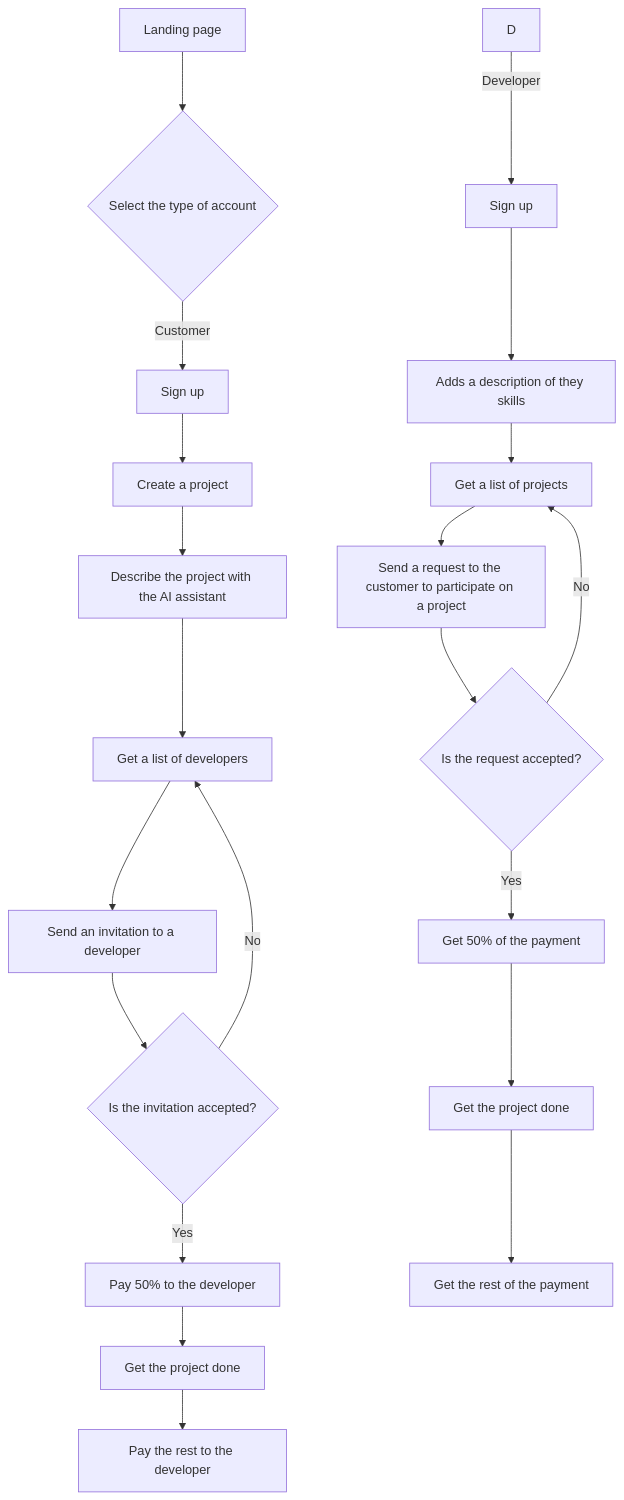
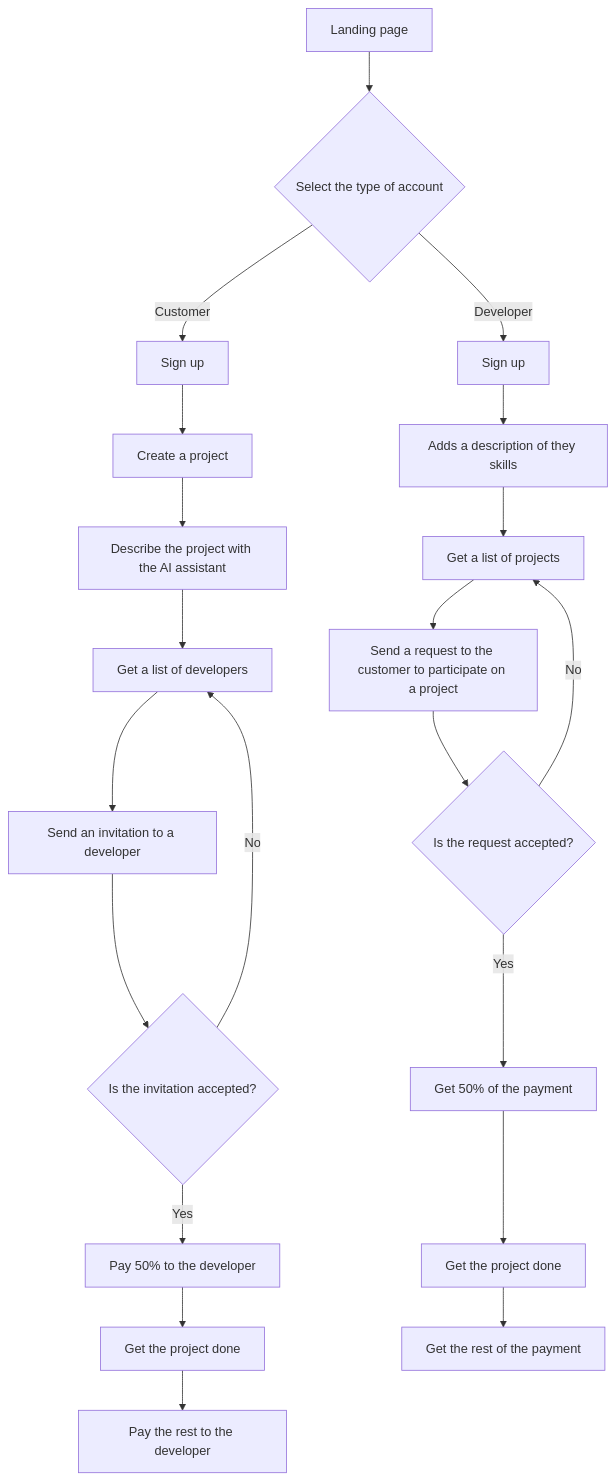
The diagram in user-flow.md (fermellone/findamaker), drawn with Mermaid before and after one commit. The commit also changed 1 other file, not shown here.

Commit message:
add the user flow

````diff
--- a/user-flow.md
+++ b/user-flow.md
@@ -1,30 +1,30 @@
 ```mermaid
 graph TD;
     A[Landing page]
     A-->B;
     B{Select the type of account}
 
     B-->|Customer|CA[Sign up]
     CA-->CB[Create a project]
     CB-->CD[Describe the project with the AI assistant]
     CD-->CE[Get a list of developers]
     CE-->CF[Send an invitation to a developer]
     CF-->CG{Is the invitation accepted?}
     CG-->|No|CE
     CG-->|Yes|CH[Pay 50% to the developer]
     CH-->CI[Get the project done]
     CI-->CJ[Pay the rest to the developer]
 
 
-    D-->|Developer|DA[Sign up]
+    B-->|Developer|DA[Sign up]
     DA-->DB[Adds a description of they skills]
     DB-->DC[Get a list of projects]
     DC-->DD[Send a request to the customer to participate on a project]
     DD-->DE{Is the request accepted?}
     DE-->|No|DC
     DE-->|Yes|DF[Get 50% of the payment]
     DF-->DG[Get the project done]
     DG-->DH[Get the rest of the payment]
 
 
 ```
````
